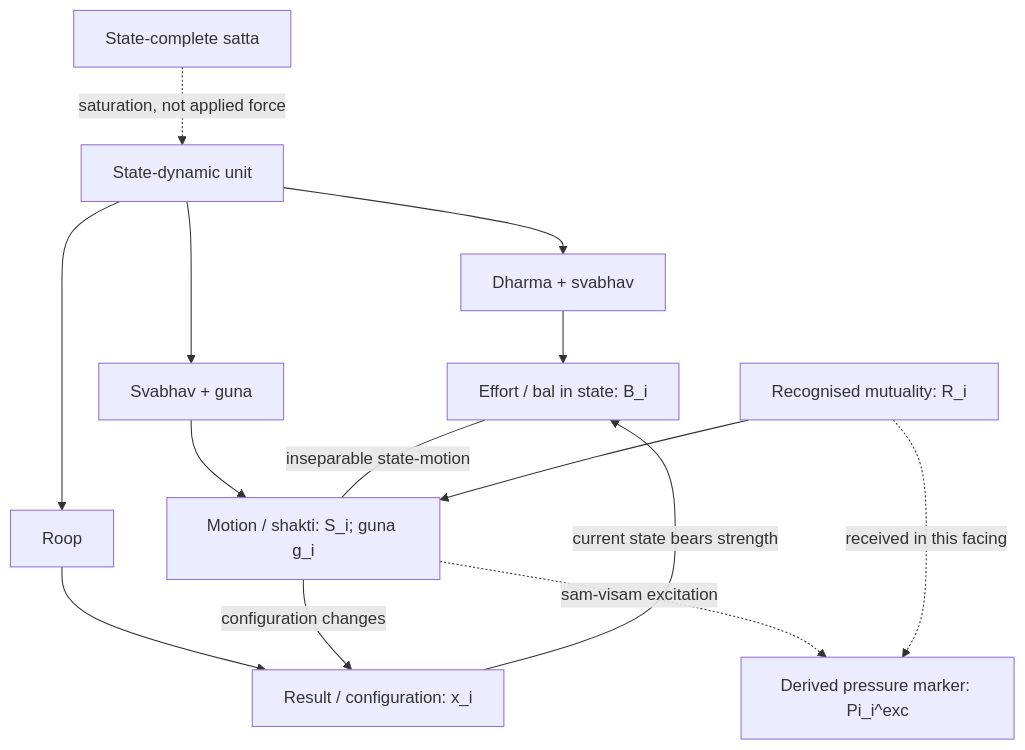
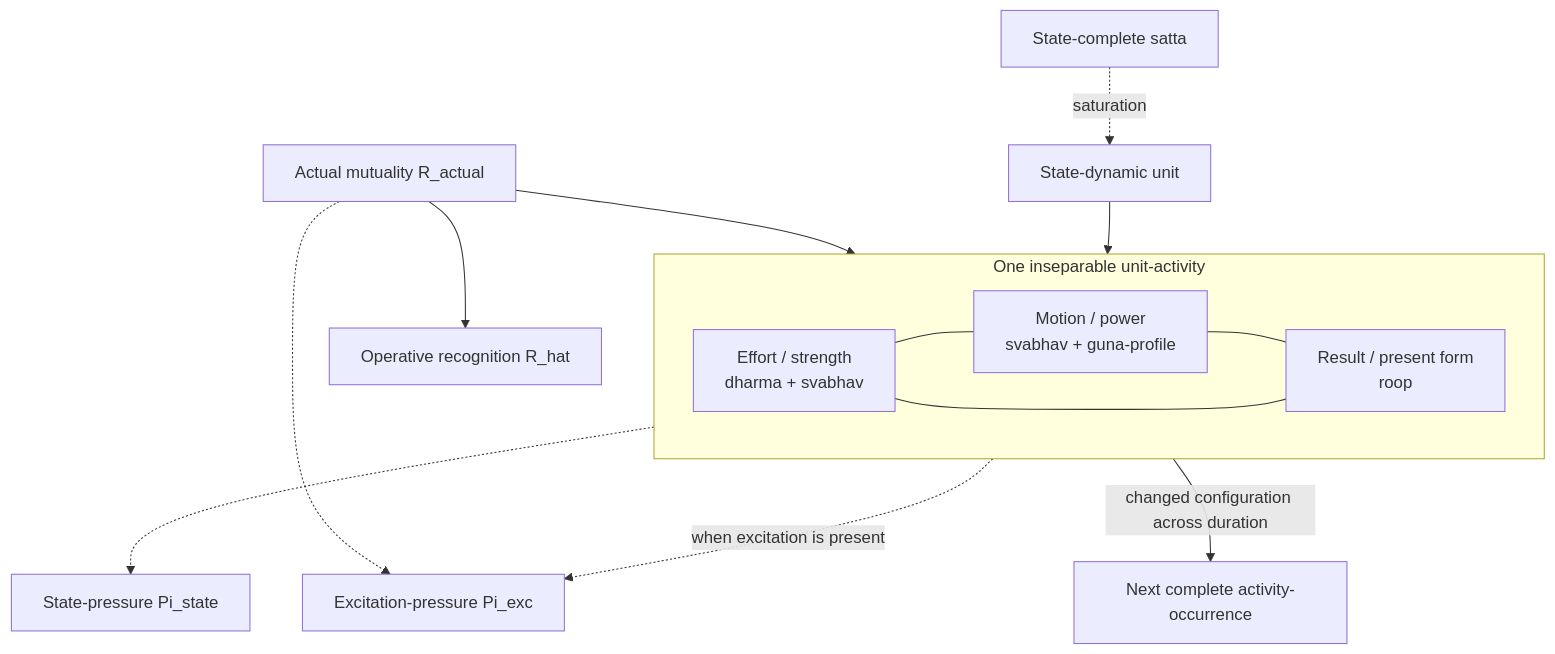
Before and after one commit to raghavamohan/AnalyticMadhyasthDarshan: the second of 7 diagrams in Studies/A-State-Dynamic-Model-Of-Coexistence/A-State-Dynamic-Model-Of-Coexistence.md, drawn with Mermaid. The commit also changed other lines of this file and 8 other files, not shown here.

````diff
--- a/Studies/A-State-Dynamic-Model-Of-Coexistence/A-State-Dynamic-Model-Of-Coexistence.md
+++ b/Studies/A-State-Dynamic-Model-Of-Coexistence/A-State-Dynamic-Model-Of-Coexistence.md
@@ -119,16 +151,20 @@
 ```mermaid
 flowchart TB
-    SATTA["State-complete satta"] -.->|"saturation, not applied force"| UNIT["State-dynamic unit"]
-    UNIT --> DHS["Dharma + svabhav"]
-    UNIT --> SG["Svabhav + guna"]
-    UNIT --> RUPA["Roop"]
-    DHS --> EFFORT["Effort / bal in state: B_i"]
-    SG --> MOTION["Motion / shakti: S_i; guna g_i"]
-    RUPA --> RESULT["Result / configuration: x_i"]
-    EFFORT ---|"inseparable state-motion"| MOTION
-    MOTION -->|"configuration changes"| RESULT
-    RESULT -->|"current state bears strength"| EFFORT
-    MUTUAL["Recognised mutuality: R_i"] --> MOTION
-    MOTION -.->|"sam-visam excitation"| PRESSURE["Derived pressure marker: Pi_i^exc"]
-    MUTUAL -.->|"received in this facing"| PRESSURE
+    SATTA["State-complete satta"] -.->|"saturation"| UNIT["State-dynamic unit"]
+    subgraph ACT["One inseparable unit-activity"]
+      direction LR
+      EFFORT["Effort / strength<br/>dharma + svabhav"]
+      MOTION["Motion / power<br/>svabhav + guna-profile"]
+      RESULT["Result / present form<br/>roop"]
+      EFFORT --- MOTION
+      MOTION --- RESULT
+      RESULT --- EFFORT
+    end
+    UNIT --> ACT
+    ACTUAL["Actual mutuality R_actual"] --> MOTION
+    ACTUAL --> RECOG["Operative recognition R_hat"]
+    EFFORT -.-> PSTATE["State-pressure Pi_state"]
+    MOTION -.->|"when excitation is present"| PEXC["Excitation-pressure Pi_exc"]
+    ACTUAL -.-> PEXC
+    RESULT -->|"changed configuration across duration"| NEXT["Next complete activity-occurrence"]
 ```
````
